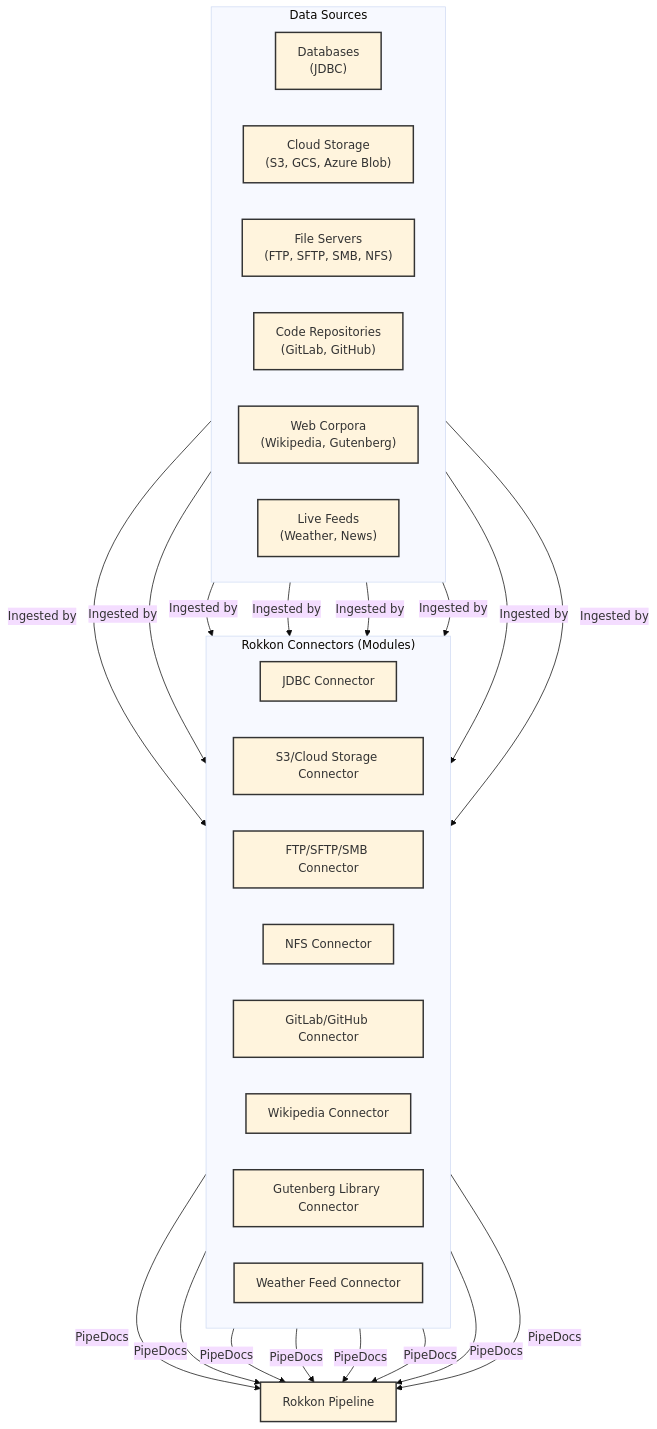
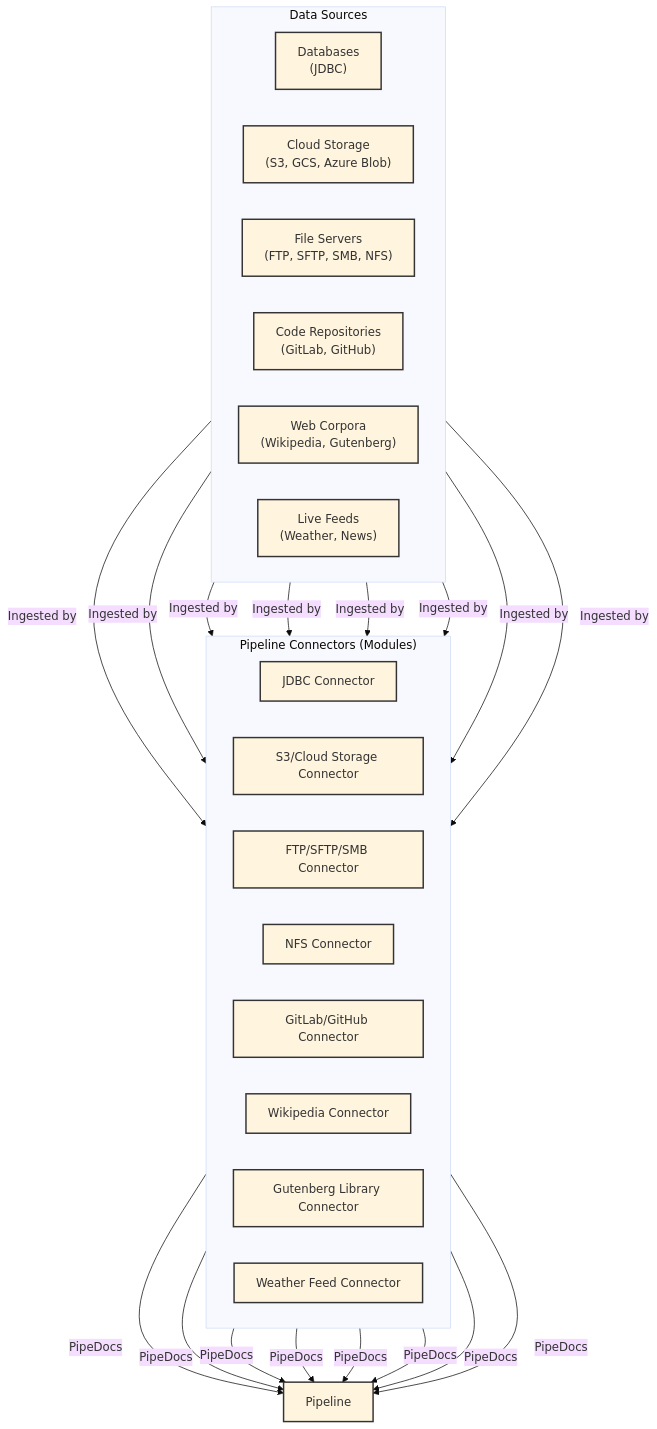
One commit to krickert/rokkon changed the first of 3 diagrams in ARCHITECTURE/Planned_integrations.md. Above: the diagram before and after it, drawn with Mermaid (base theme). The commit also changed other lines of this file and 75 other files, not shown here.

````diff
--- a/ARCHITECTURE/Planned_integrations.md
+++ b/ARCHITECTURE/Planned_integrations.md
@@ -16,50 +16,50 @@
 ```mermaid
 graph TD
     subgraph "Data Sources"
         direction LR
         DBs["Databases <br> (JDBC)"]
         CloudStorage["Cloud Storage <br> (S3, GCS, Azure Blob)"]
         FileServers["File Servers <br> (FTP, SFTP, SMB, NFS)"]
         CodeRepos["Code Repositories <br> (GitLab, GitHub)"]
         WebCorpora["Web Corpora <br> (Wikipedia, Gutenberg)"]
         LiveFeeds["Live Feeds <br> (Weather, News)"]
     end
 
-    subgraph "Rokkon Connectors (Modules)"
+    subgraph "Pipeline Connectors (Modules)"
         direction LR
         JdbcConnector[JDBC Connector]
         S3Connector[S3/Cloud Storage Connector]
         FtpConnector[FTP/SFTP/SMB Connector]
         NfsConnector[NFS Connector]
         GitConnector[GitLab/GitHub Connector]
         WikipediaConnector[Wikipedia Connector]
         GutenbergConnector[Gutenberg Library Connector]
         WeatherFeedConnector[Weather Feed Connector]
     end
 
     DBs -- "Ingested by" --> JdbcConnector
     CloudStorage -- "Ingested by" --> S3Connector
     FileServers -- "Ingested by" --> FtpConnector
     FileServers -- "Ingested by" --> NfsConnector
     CodeRepos -- "Ingested by" --> GitConnector
     WebCorpora -- "Ingested by" --> WikipediaConnector
     WebCorpora -- "Ingested by" --> GutenbergConnector
     LiveFeeds -- "Ingested by" --> WeatherFeedConnector
 
-    JdbcConnector -- PipeDocs --> RokkonPipeline[Rokkon Pipeline]
-    S3Connector -- PipeDocs --> RokkonPipeline
-    FtpConnector -- PipeDocs --> RokkonPipeline
-    NfsConnector -- PipeDocs --> RokkonPipeline
-    GitConnector -- PipeDocs --> RokkonPipeline
-    WikipediaConnector -- PipeDocs --> RokkonPipeline
-    GutenbergConnector -- PipeDocs --> RokkonPipeline
-    WeatherFeedConnector -- PipeDocs --> RokkonPipeline
+    JdbcConnector -- PipeDocs --> PipelinePipeline[Pipeline]
+    S3Connector -- PipeDocs --> PipelinePipeline
+    FtpConnector -- PipeDocs --> PipelinePipeline
+    NfsConnector -- PipeDocs --> PipelinePipeline
+    GitConnector -- PipeDocs --> PipelinePipeline
+    WikipediaConnector -- PipeDocs --> PipelinePipeline
+    GutenbergConnector -- PipeDocs --> PipelinePipeline
+    WeatherFeedConnector -- PipeDocs --> PipelinePipeline
 
     classDef source fill:#lightblue,stroke:#333,stroke-width:2px;
     classDef connector fill:#lightgreen,stroke:#333,stroke-width:2px;
     classDef pipeline fill:#lightcoral,stroke:#333,stroke-width:2px;
 
     class DBs,CloudStorage,FileServers,CodeRepos,WebCorpora,LiveFeeds source;
     class JdbcConnector,S3Connector,FtpConnector,NfsConnector,GitConnector,WikipediaConnector,GutenbergConnector,WeatherFeedConnector connector;
-    class RokkonPipeline pipeline;
+    class PipelinePipeline pipeline;
 ```
````
